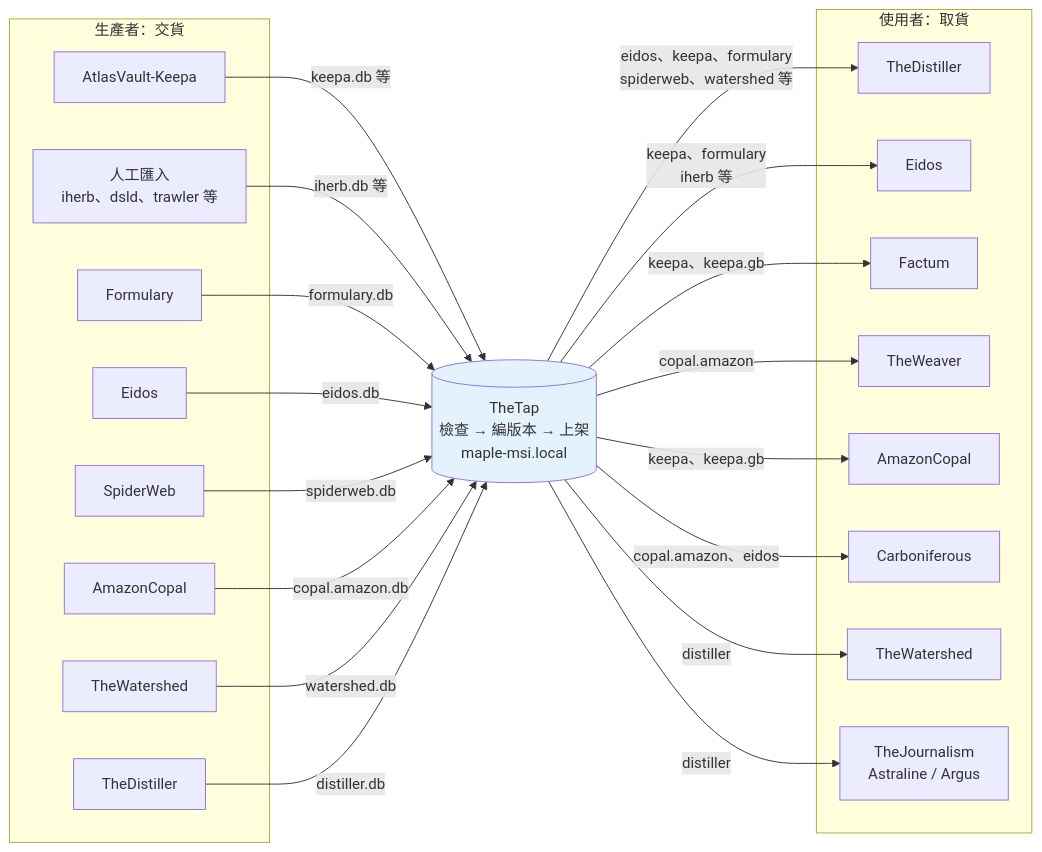
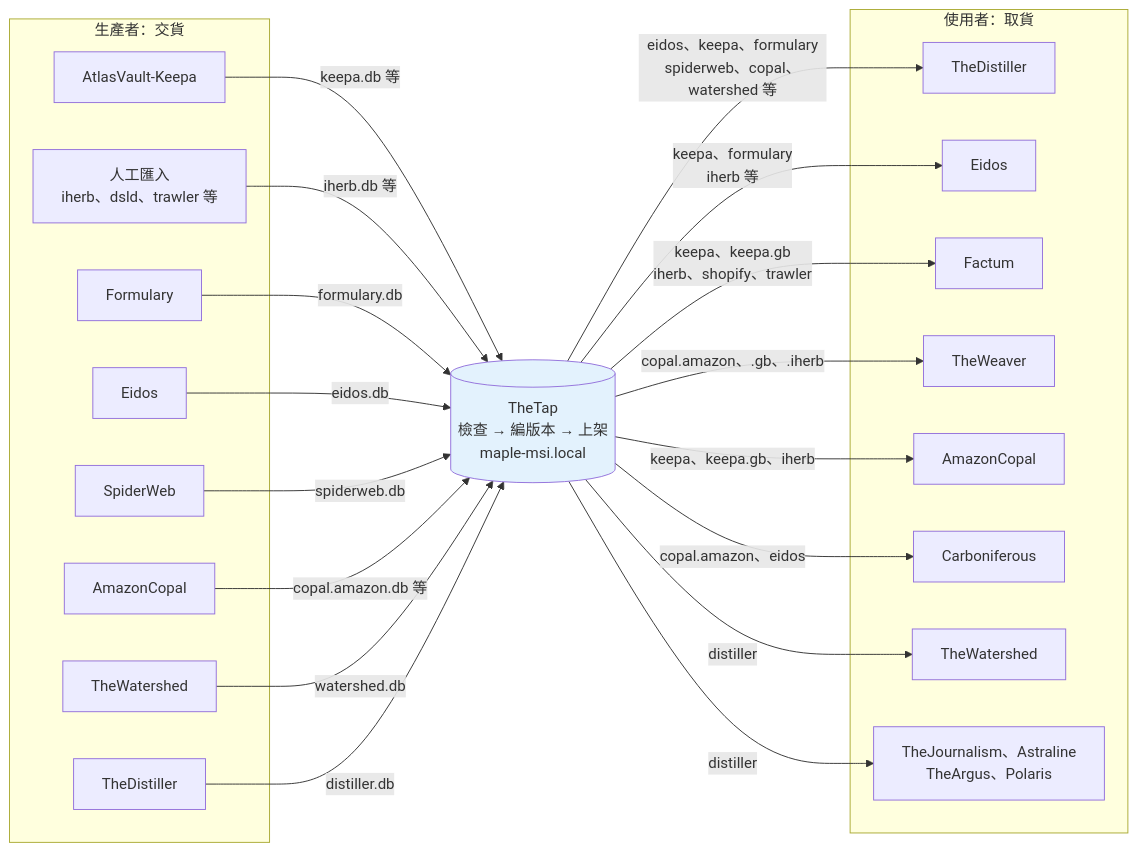
One commit to mapleelpam/LuminNexus-LearningMap changed the first of 3 diagrams in projects/alchemymind/thetap.md. Above: the diagram before and after it, drawn with Mermaid. The commit also changed other lines of this file and 18 other files, not shown here.

````diff
--- a/projects/alchemymind/thetap.md
+++ b/projects/alchemymind/thetap.md
@@ -82,46 +82,46 @@
 ```mermaid
 graph LR
     subgraph P[生產者：交貨]
         KE_P[AtlasVault-Keepa]
         EX_P[人工匯入<br/>iherb、dsld、trawler 等]
         FO_P[Formulary]
         EI_P[Eidos]
         SW_P[SpiderWeb]
         CO_P[AmazonCopal]
         WA_P[TheWatershed]
         DI_P[TheDistiller]
     end
 
     TAP[(TheTap<br/>檢查 → 編版本 → 上架<br/>maple-msi.local)]
 
     subgraph C[使用者：取貨]
         DI_C[TheDistiller]
         EI_C[Eidos]
         FA_C[Factum]
         WE_C[TheWeaver]
         CO_C[AmazonCopal]
         CA_C[Carboniferous]
         WA_C[TheWatershed]
-        DOWN_C[TheJournalism<br/>Astraline / Argus]
+        DOWN_C[TheJournalism、Astraline<br/>TheArgus、Polaris]
     end
 
     KE_P -->|keepa.db 等| TAP
     EX_P -->|iherb.db 等| TAP
     FO_P -->|formulary.db| TAP
     EI_P -->|eidos.db| TAP
     SW_P -->|spiderweb.db| TAP
-    CO_P -->|copal.amazon.db| TAP
+    CO_P -->|copal.amazon.db 等| TAP
     WA_P -->|watershed.db| TAP
     DI_P -->|distiller.db| TAP
 
-    TAP -->|eidos、keepa、formulary<br/>spiderweb、watershed 等| DI_C
+    TAP -->|eidos、keepa、formulary<br/>spiderweb、copal、watershed 等| DI_C
     TAP -->|keepa、formulary<br/>iherb 等| EI_C
-    TAP -->|keepa、keepa.gb| FA_C
-    TAP -->|keepa、keepa.gb| CO_C
-    TAP -->|copal.amazon| WE_C
+    TAP -->|keepa、keepa.gb<br/>iherb、shopify、trawler| FA_C
+    TAP -->|keepa、keepa.gb、iherb| CO_C
+    TAP -->|copal.amazon、.gb、.iherb| WE_C
     TAP -->|copal.amazon、eidos| CA_C
     TAP -->|distiller| WA_C
     TAP -->|distiller| DOWN_C
 
     style TAP fill:#e3f2fd
 ```
````
